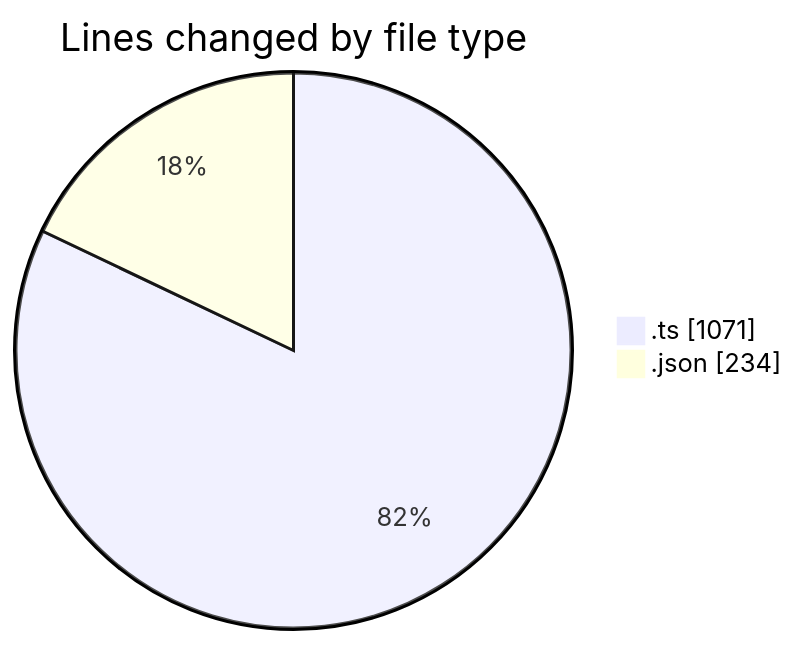
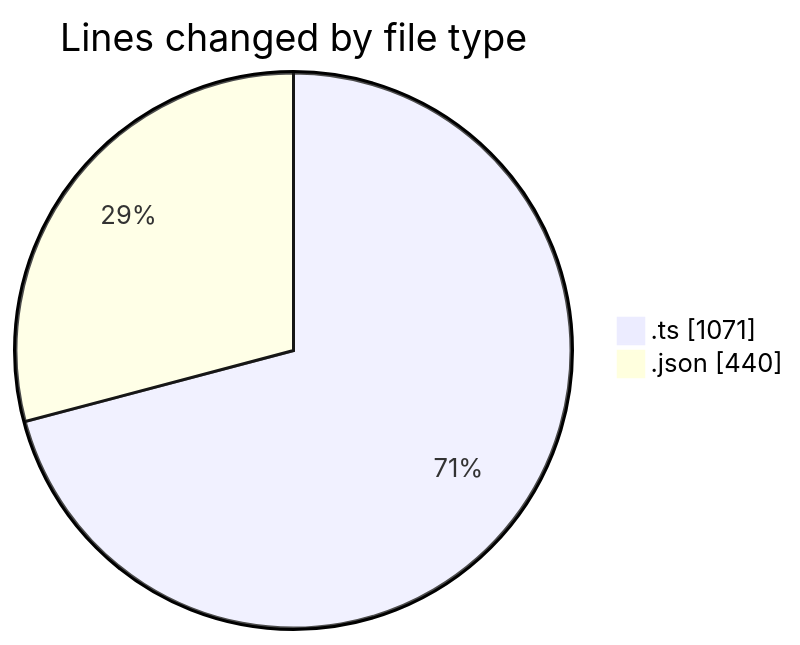
The first of 2 diagrams in 2025-10-22/cda/README.md (momahboobian/code-tracking), drawn with Mermaid before and after one commit. The commit also changed other lines of this file and 1 other file, not shown here.

````diff
--- a/2025-10-22/cda/README.md
+++ b/2025-10-22/cda/README.md
@@ -22,6 +22,6 @@
 ```mermaid
 pie showData
 title Lines changed by file type
 ".ts" : 1071
-".json" : 234
+".json" : 440
 ```
````
